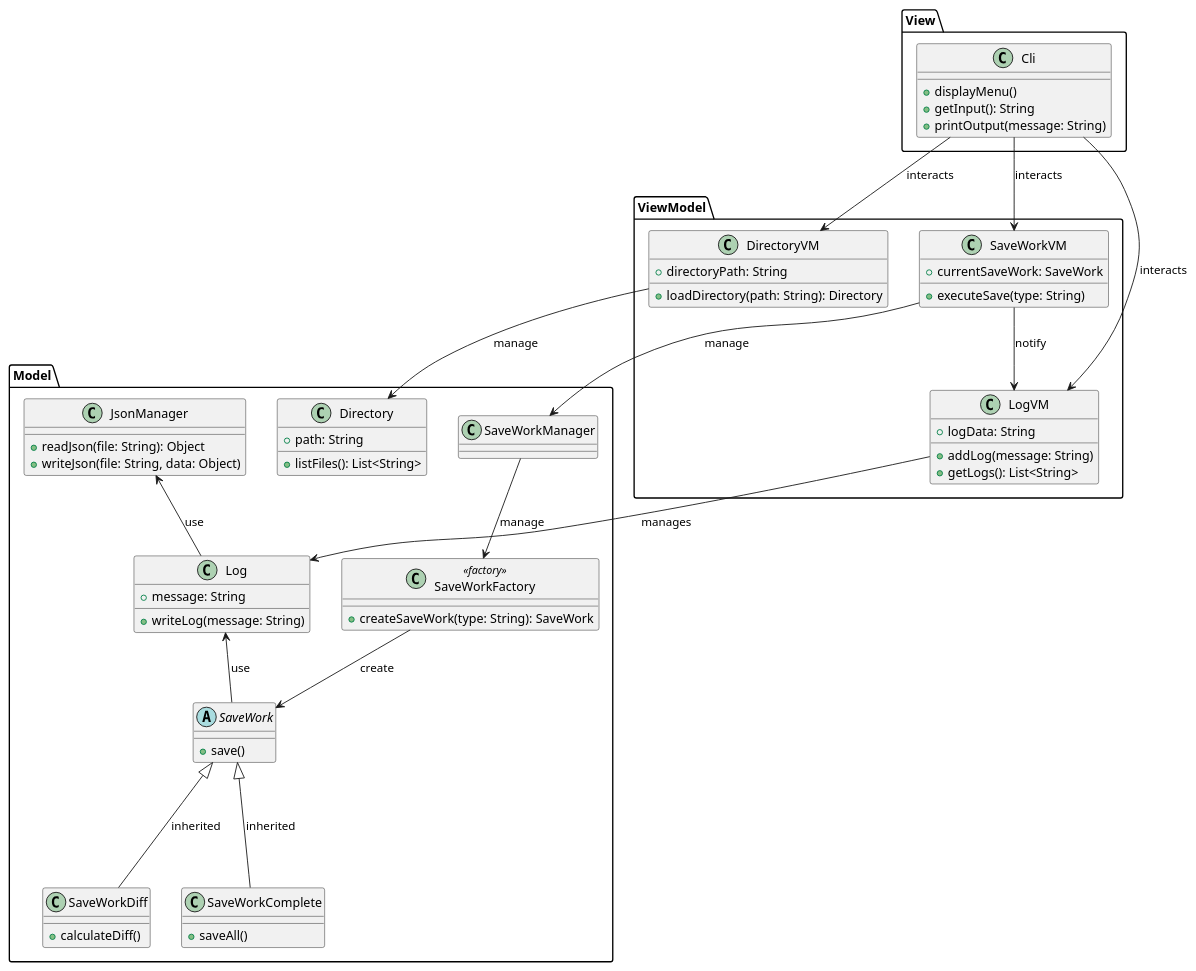
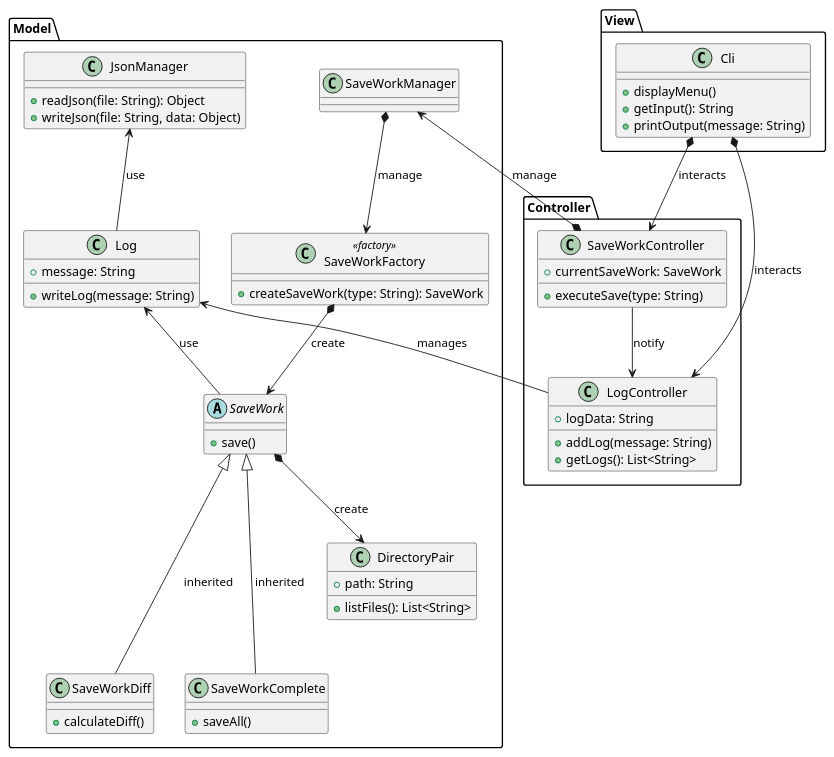
Before and after one commit to NoahAldahan/FISA_A3_GL_Aldahan: the diagram in livrable_1.puml, drawn with PlantUML. The commit also changed 11 other files, not shown here.

```diff
--- a/livrable_1.puml
+++ b/livrable_1.puml
@@ -1,80 +1,74 @@
 @startuml
 /' Packages '/
 package "Model" {
     class SaveWorkFactory <<factory>> {
         +createSaveWork(type: String): SaveWork
     }
 
     abstract class SaveWork {
         +save()
     }
 
     class SaveWorkDiff {
         +calculateDiff()
     }
 
     class SaveWorkComplete {
         +saveAll()
     }
 
-    class Directory {
+    class DirectoryPair {
         +path: String
         +listFiles(): List<String>
     }
 
     class SaveWorkManager {}
 
     class Log {
         +message: String
         +writeLog(message: String)
     }
 
     class JsonManager {
         +readJson(file: String): Object
         +writeJson(file: String, data: Object)
     }
 
-    SaveWorkFactory --> SaveWork : "create"
+    SaveWorkFactory *--> SaveWork : "create"
+    SaveWork *--> DirectoryPair : "create"
     SaveWork <|--- SaveWorkDiff : "inherited"
     SaveWork <|--- SaveWorkComplete : "inherited"
 
     Log <-- SaveWork : "use"
     JsonManager <-- Log : "use"
 }
 
-package "ViewModel" {
-    class LogVM {
+package "Controller" {
+    class LogController {
         +logData: String
         +addLog(message: String)
         +getLogs(): List<String>
     }
 
-    class SaveWorkVM {
+    class SaveWorkController {
         +currentSaveWork: SaveWork
         +executeSave(type: String)
     }
 
-    class DirectoryVM {
-        +directoryPath: String
-        +loadDirectory(path: String): Directory
-    }
-
-    SaveWorkVM --> SaveWorkManager : "manage"
-    SaveWorkManager --> SaveWorkFactory : "manage"
-    SaveWorkVM --> LogVM : "notify"
-    DirectoryVM --> Directory : "manage"
-    LogVM --> Log : "manages"
-}
+    SaveWorkController *--> SaveWorkManager : "manage"
+    SaveWorkManager *--> SaveWorkFactory : "manage"
+    SaveWorkController --> LogController : "notify"
+    Log <-- LogController : "manages"
+} 
 
 package "View" {
     class Cli {
         +displayMenu()
         +getInput(): String
         +printOutput(message: String)
     }
 
-    Cli --> SaveWorkVM : "interacts"
-    Cli --> LogVM : "interacts"
-    Cli --> DirectoryVM : "interacts"
+    Cli *--> SaveWorkController : "interacts"
+    Cli *--> LogController : "interacts"
 }
 @enduml
```
